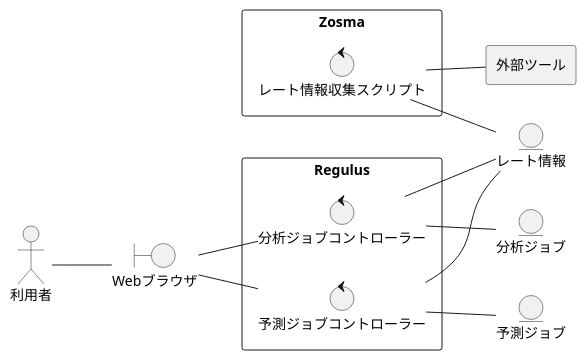
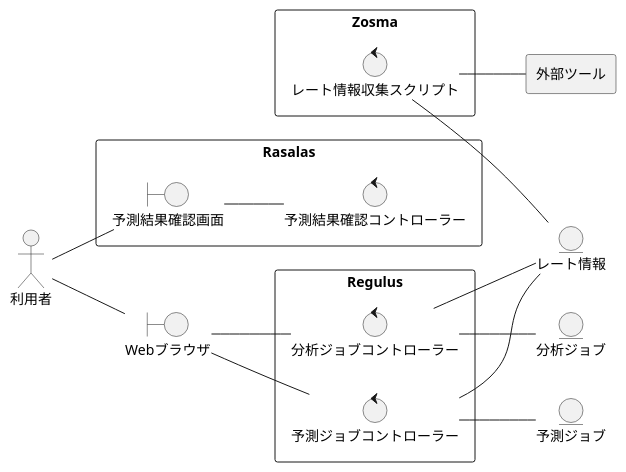
The diagram in fx-rate_estimator/index.rst (Leonis0813/chort), drawn with PlantUML before and after one commit. The commit also changed other lines of this file, not shown here.

Commit message:
add rasalas to system

```diff
--- a/fx-rate_estimator/index.rst
+++ b/fx-rate_estimator/index.rst
@@ -9,31 +9,38 @@
 .. uml::
 
    left to right direction
    skinparam packageStyle rect
    actor 利用者
    boundary Webブラウザ
    entity レート情報
    entity 分析ジョブ
    entity 予測ジョブ
 
    利用者 -- Webブラウザ
 
    rectangle Regulus {
      control 分析ジョブコントローラー
      control 予測ジョブコントローラー
      Webブラウザ -- 分析ジョブコントローラー
      Webブラウザ -- 予測ジョブコントローラー
      分析ジョブコントローラー -- レート情報
      予測ジョブコントローラー -- レート情報
      分析ジョブコントローラー -- 分析ジョブ
      予測ジョブコントローラー -- 予測ジョブ
    }
 
    rectangle 外部ツール {
    }
 
    rectangle Zosma {
      control レート情報収集スクリプト
      レート情報収集スクリプト -- 外部ツール
      レート情報収集スクリプト -- レート情報
    }
+
+   rectangle Rasalas {
+     boundary 予測結果確認画面
+     control 予測結果確認コントローラー
+     利用者 -- 予測結果確認画面
+     予測結果確認画面 -- 予測結果確認コントローラー
+   }
```
